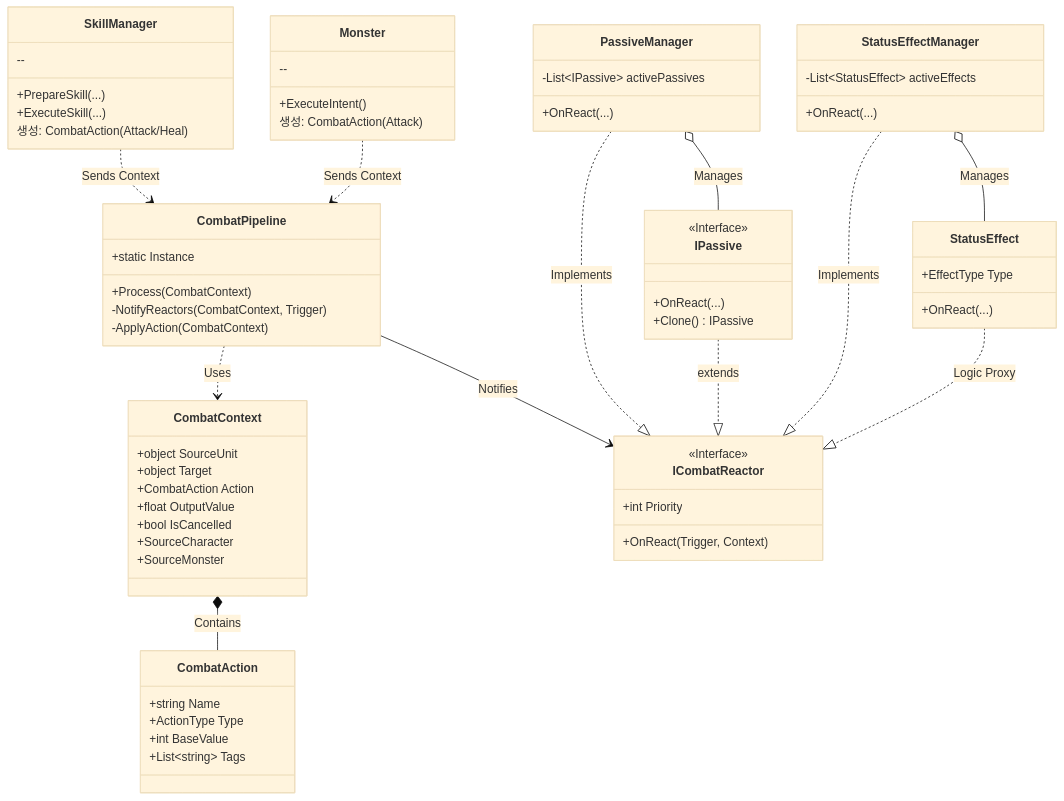
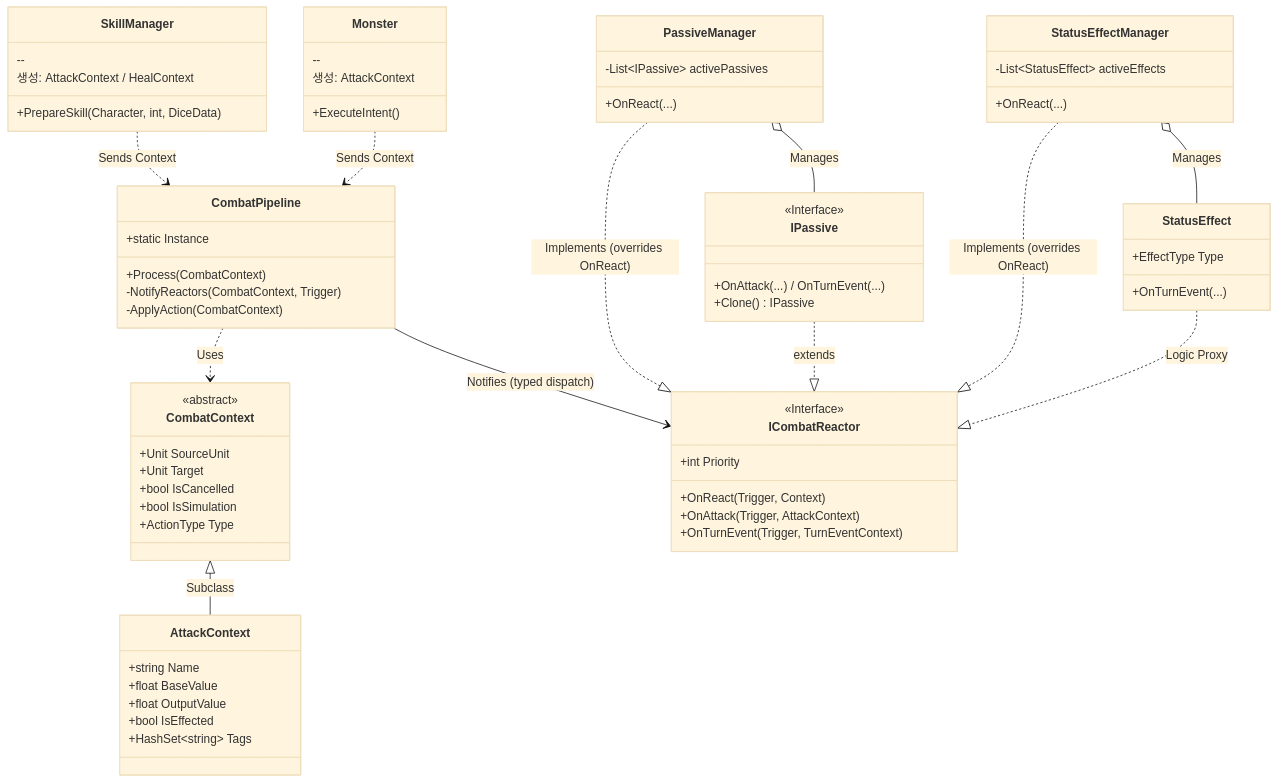
The second of 3 diagrams in Docs/skill_system_structure.md (dfdfg42/Dice-Orbit), drawn with Mermaid (base theme) before and after one commit. The commit also changed other lines of this file and 19 other files, not shown here.

First line of the commit message:
docs: sync Docs/ with current combat pipeline / modifier / skill systems

````diff
--- a/Docs/skill_system_structure.md
+++ b/Docs/skill_system_structure.md
@@ -300,40 +351,41 @@
     }
 
     class CombatContext {
-        +object SourceUnit
-        +object Target
-        +CombatAction Action
-        +float OutputValue
+        <<abstract>>
+        +Unit SourceUnit
+        +Unit Target
         +bool IsCancelled
-        +SourceCharacter
-        +SourceMonster
+        +bool IsSimulation
+        +ActionType Type
     }
 
-    class CombatAction {
+    class AttackContext {
         +string Name
-        +ActionType Type
-        +int BaseValue
-        +List~string~ Tags
+        +float BaseValue
+        +float OutputValue
+        +bool IsEffected
+        +HashSet~string~ Tags
     }
 
     class ICombatReactor {
         <<Interface>>
+        +int Priority
         +OnReact(Trigger, Context)
-        +int Priority
+        +OnAttack(Trigger, AttackContext)
+        +OnTurnEvent(Trigger, TurnEventContext)
     }
 
     %% --- Managers (Generators) ---
     class SkillManager {
-        +PrepareSkill(...)
-        +ExecuteSkill(...)
+        +PrepareSkill(Character, int, DiceData)
         --
-        생성: CombatAction(Attack/Heal)
+        생성: AttackContext / HealContext
     }
 
     class Monster {
         +ExecuteIntent()
         --
-        생성: CombatAction(Attack)
+        생성: AttackContext
     }
 
     %% --- Reactive Systems (Listeners) ---
@@ -346,33 +398,33 @@
         +OnReact(...)
         -List~StatusEffect~ activeEffects
     }
-    
+
     class IPassive {
         <<Interface>>
-        +OnReact(...)
+        +OnAttack(...) / OnTurnEvent(...)
         +Clone() IPassive
     }
 
     class StatusEffect {
-        +OnReact(...)
+        +OnTurnEvent(...)
         +EffectType Type
     }
 
     %% --- Relationships ---
     CombatPipeline ..> CombatContext : Uses
-    CombatContext *-- CombatAction : Contains
-    
+    CombatContext <|-- AttackContext : Subclass
+
     SkillManager ..> CombatPipeline : Sends Context
     Monster ..> CombatPipeline : Sends Context
-    
-    CombatPipeline --> ICombatReactor : Notifies
-    
-    PassiveManager ..|> ICombatReactor : Implements
-    StatusEffectManager ..|> ICombatReactor : Implements
-    
+
+    CombatPipeline --> ICombatReactor : Notifies (typed dispatch)
+
+    PassiveManager ..|> ICombatReactor : Implements (overrides OnReact)
+    StatusEffectManager ..|> ICombatReactor : Implements (overrides OnReact)
+
     PassiveManager o-- IPassive : Manages
     StatusEffectManager o-- StatusEffect : Manages
-    
+
     IPassive ..|> ICombatReactor : extends
     StatusEffect ..|> ICombatReactor : Logic Proxy
 ```
````
